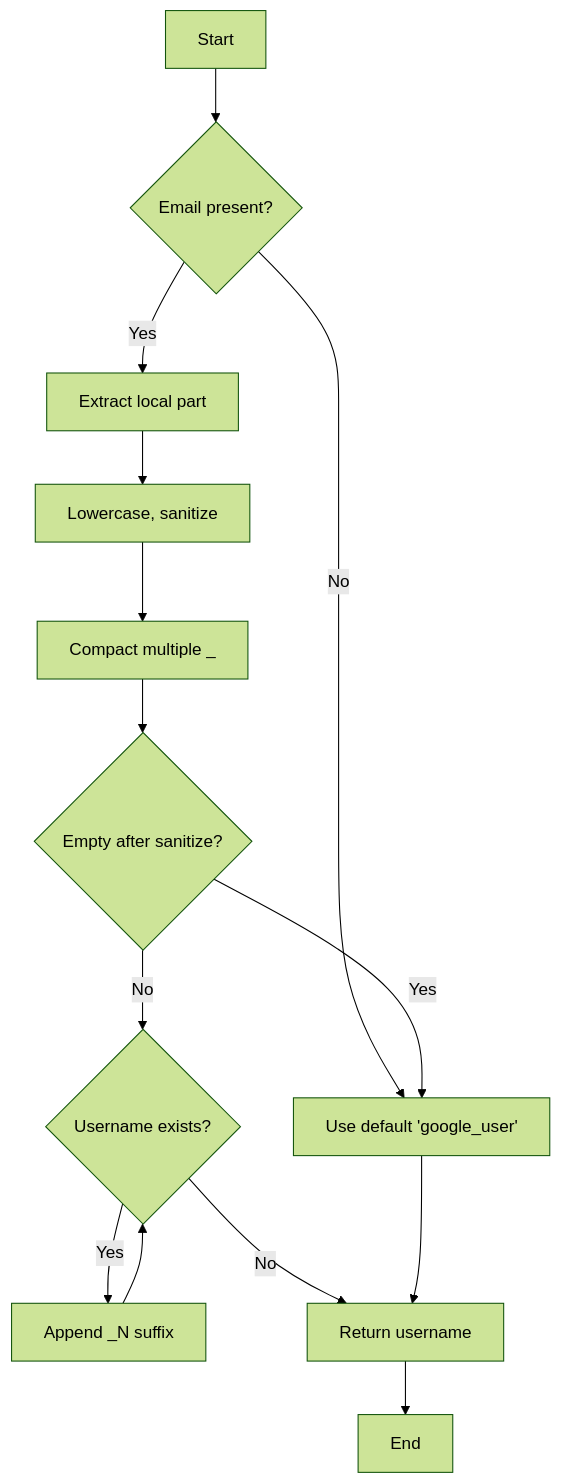
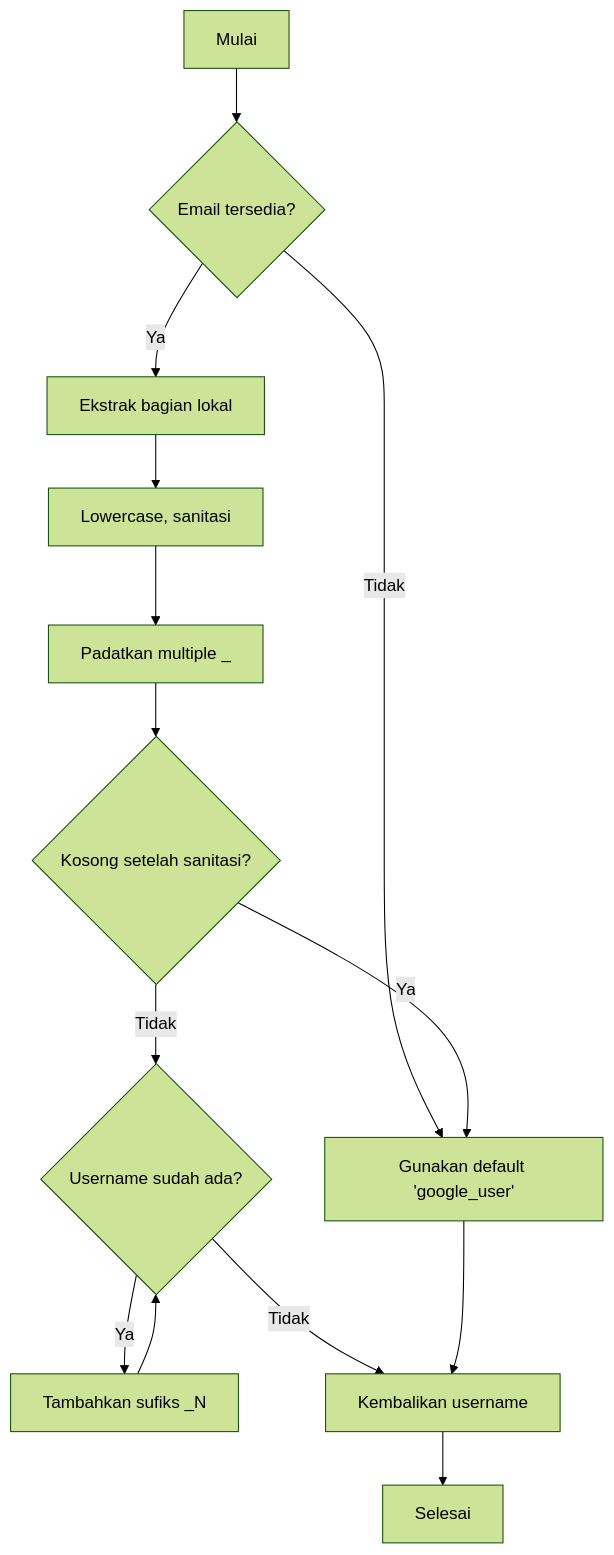
One commit to advprog-2026-A14-project/yomu-docs changed the second of 2 diagrams in content/docs/backend-java/auth.mdx. Above: the diagram before and after it, drawn with Mermaid (forest theme). The commit also changed other lines of this file and 30 other files, not shown here.

````diff
--- a/content/docs/backend-java/auth.mdx
+++ b/content/docs/backend-java/auth.mdx
@@ -121,19 +121,19 @@
 ```mermaid
 flowchart TD
-    Start[Start] --> CheckEmail{Email present?}
-    CheckEmail -->|Yes| ExtractLocal[Extract local part]
-    CheckEmail -->|No| UseDefault[Use default 'google_user']
+    Start[Mulai] --> CheckEmail{Email tersedia?}
+    CheckEmail -->|Ya| ExtractLocal[Ekstrak bagian lokal]
+    CheckEmail -->|Tidak| UseDefault[Gunakan default 'google_user']
     
-    ExtractLocal --> Sanitize[Lowercase, sanitize]
-    Sanitize --> Compact[Compact multiple _]
-    Compact --> CheckEmpty{Empty after sanitize?}
-    CheckEmpty -->|Yes| UseDefault
+    ExtractLocal --> Sanitize[Lowercase, sanitasi]
+    Sanitize --> Compact[Padatkan multiple _]
+    Compact --> CheckEmpty{Kosong setelah sanitasi?}
+    CheckEmpty -->|Ya| UseDefault
     
-    CheckEmpty -->|No| CheckConflict{Username exists?}
-    CheckConflict -->|Yes| AppendSuffix[Append _N suffix]
-    CheckConflict -->|No| ReturnResult[Return username]
+    CheckEmpty -->|Tidak| CheckConflict{Username sudah ada?}
+    CheckConflict -->|Ya| AppendSuffix[Tambahkan sufiks _N]
+    CheckConflict -->|Tidak| ReturnResult[Kembalikan username]
     AppendSuffix --> CheckConflict
     
     UseDefault --> ReturnResult
-    ReturnResult --> End[End]
+    ReturnResult --> End[Selesai]
 ```
````
